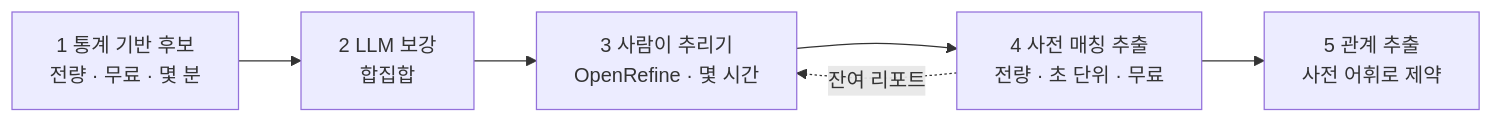
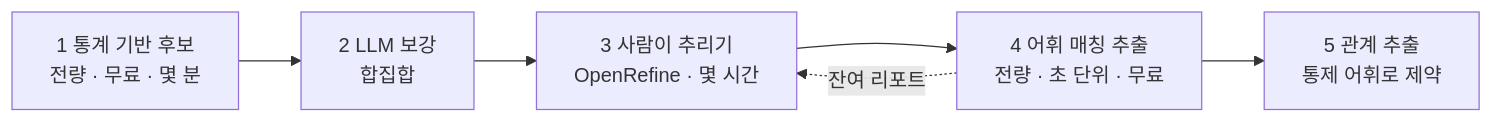
One commit to Junseop-Shin/Work changed the second of 4 diagrams in Study/강의/온톨로지-지식그래프/00-전체-파이프라인.md. Above: the diagram before and after it, drawn with Mermaid. The commit also changed other lines of this file, not shown here.

````diff
--- a/Study/강의/온톨로지-지식그래프/00-전체-파이프라인.md
+++ b/Study/강의/온톨로지-지식그래프/00-전체-파이프라인.md
@@ -119,8 +124,8 @@
 ```mermaid
 graph LR
   A["1 통계 기반 후보<br/>전량 · 무료 · 몇 분"] --> B["2 LLM 보강<br/>합집합"]
   B --> C["3 사람이 추리기<br/>OpenRefine · 몇 시간"]
-  C --> D["4 사전 매칭 추출<br/>전량 · 초 단위 · 무료"]
-  D --> E["5 관계 추출<br/>사전 어휘로 제약"]
+  C --> D["4 어휘 매칭 추출<br/>전량 · 초 단위 · 무료"]
+  D --> E["5 관계 추출<br/>통제 어휘로 제약"]
   D -.->|잔여 리포트| C
 ```
````
